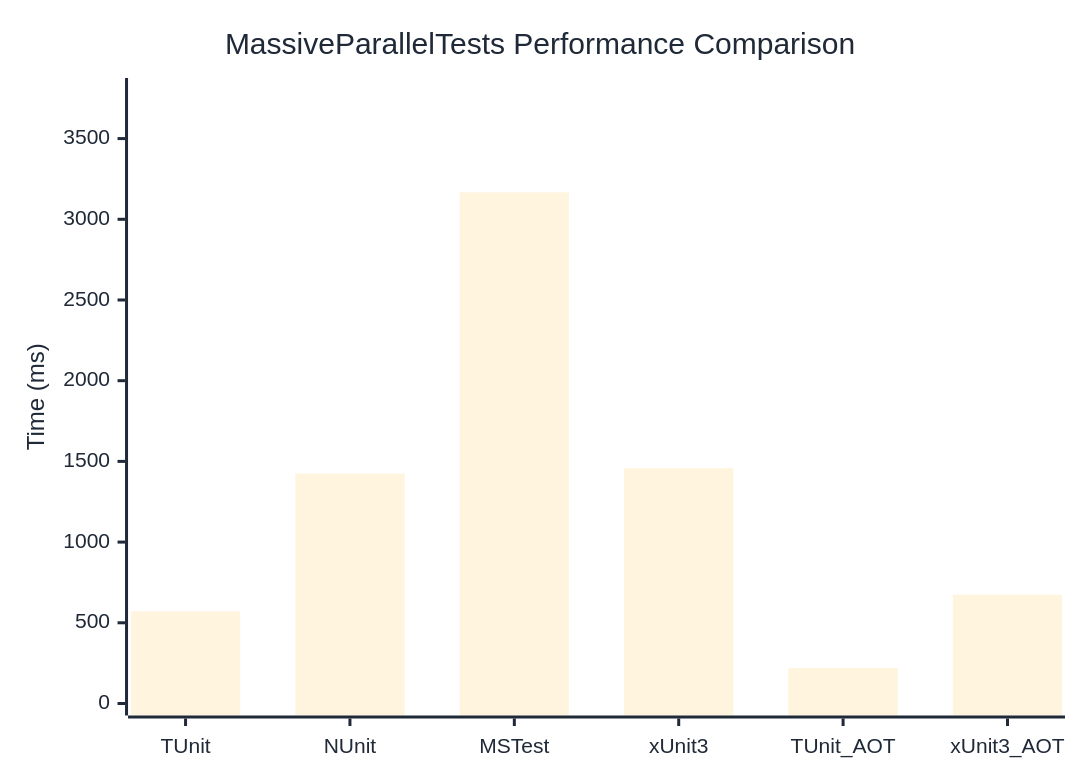
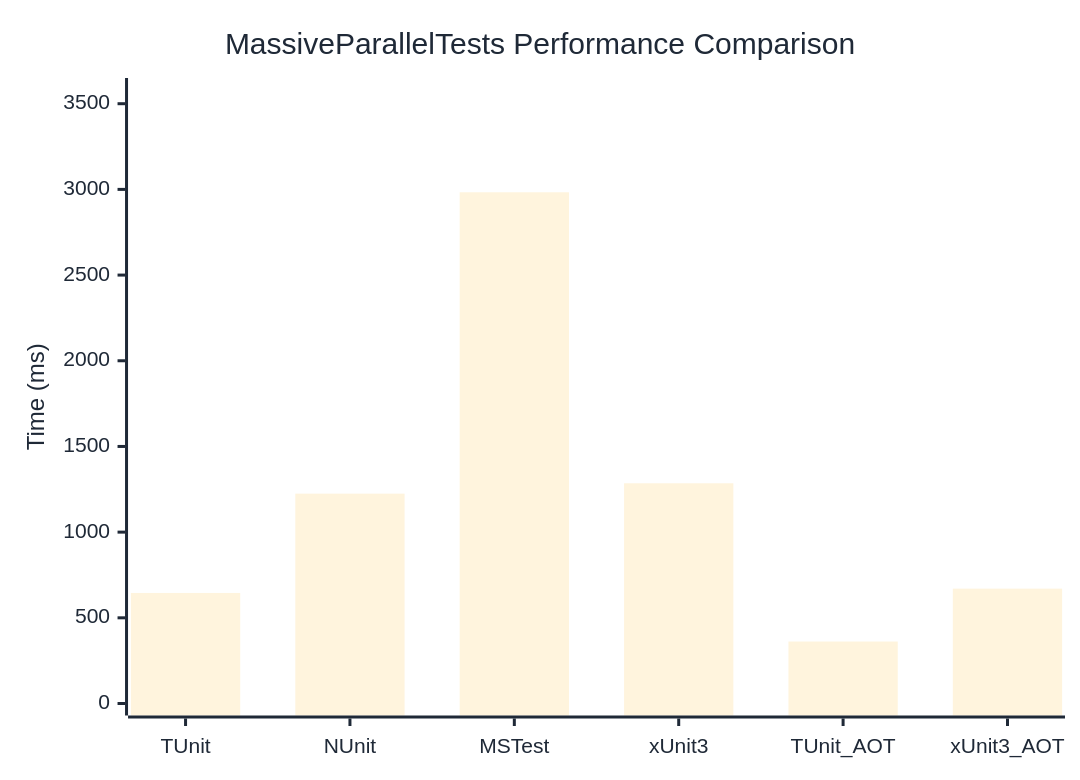
One commit to thomhurst/TUnit changed the diagram in docs/docs/benchmarks/engine/MassiveParallelTests.md. Above: the diagram before and after it, drawn with Mermaid. The commit also changed other lines of this file and 18 other files, not shown here.

````diff
--- a/docs/docs/benchmarks/engine/MassiveParallelTests.md
+++ b/docs/docs/benchmarks/engine/MassiveParallelTests.md
@@ -30,37 +30,37 @@
 ```mermaid
 %%{init: {
   'theme':'base',
   'themeVariables': {
     'primaryColor': '#2563eb',
     'primaryTextColor': '#1f2937',
     'primaryBorderColor': '#1e40af',
     'lineColor': '#6b7280',
     'secondaryColor': '#7c3aed',
     'tertiaryColor': '#dc2626',
     'background': '#ffffff',
     'mainBkg': '#2563eb',
     'secondBkg': '#7c3aed',
     'tertiaryBkg': '#dc2626',
     'clusterBkg': '#f3f4f6',
     'edgeLabelBackground': '#ffffff',
     'tertiaryTextColor': '#1f2937',
     'pie1': '#2563eb',
     'pie2': '#7c3aed',
     'pie3': '#dc2626',
     'pie4': '#f59e0b',
     'pie5': '#10b981',
     'pie6': '#06b6d4',
     'pie7': '#ec4899',
     'pie8': '#6366f1',
     'pie9': '#84cc16',
     'pie10': '#f97316',
     'pie11': '#14b8a6',
     'pie12': '#a855f7'
   }
 }}%%
 xychart-beta
   title "MassiveParallelTests Performance Comparison"
   x-axis ["TUnit", "NUnit", "MSTest", "xUnit3", "TUnit_AOT", "xUnit3_AOT"]
-  y-axis "Time (ms)" 0 --> 3801
-  bar [571.1, 1424.4, 3167.1, 1457.9, 219.4, 674.3]
+  y-axis "Time (ms)" 0 --> 3580
+  bar [645.1, 1224.6, 2983.1, 1285.1, 361.6, 670.2]
 ```
````
